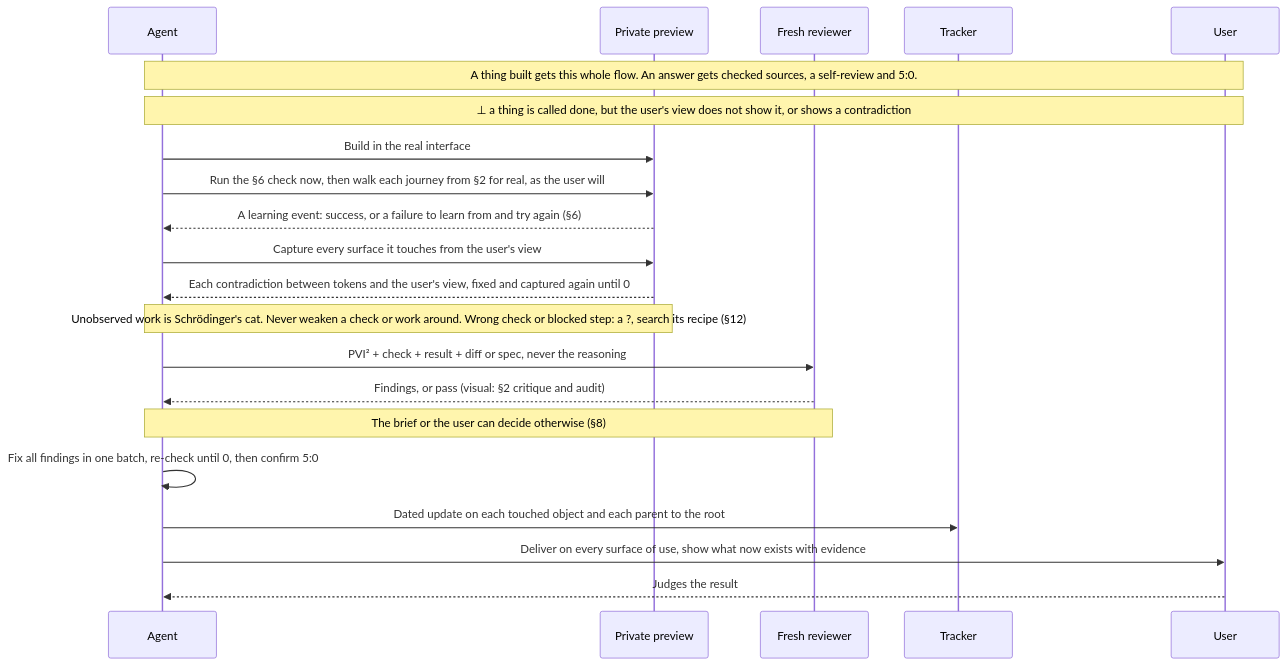
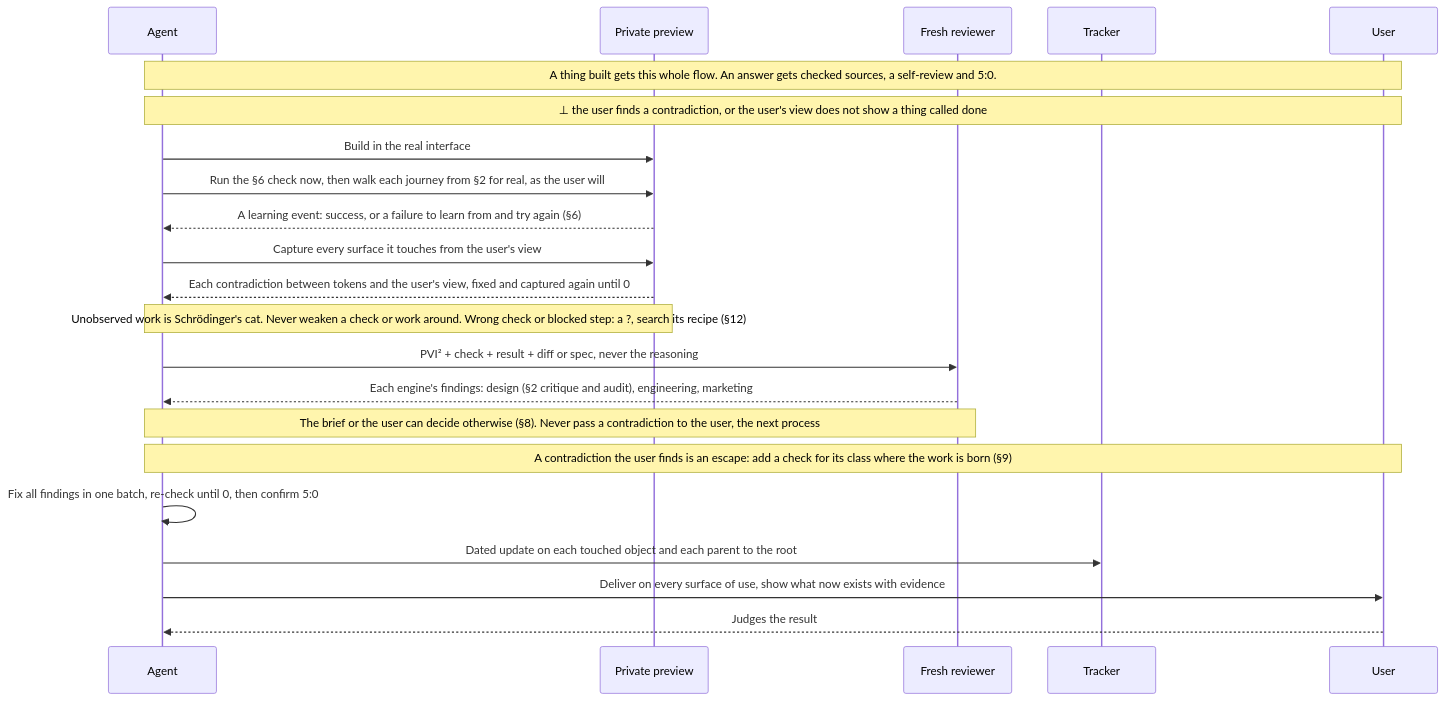
One commit to SolenixAI/arbiter changed diagram 11 of 14 in AGENTS.md. Above: the diagram before and after it, drawn with Mermaid. The commit also changed other lines of this file and 1 other file, not shown here.

First line of the commit message:
feat(agents): a findable contradiction means ~!correct; no contradiction reaches the user

````diff
--- a/AGENTS.md
+++ b/AGENTS.md
@@ -528,23 +536,24 @@
 ```mermaid
 sequenceDiagram
   participant A as Agent
   participant P as Private preview
   participant R as Fresh reviewer
   participant T as Tracker
   participant U as User
   Note over A,U: A thing built gets this whole flow. An answer gets checked sources, a self-review and 5:0.
-  Note over A,U: ⊥ a thing is called done, but the user's view does not show it, or shows a contradiction
+  Note over A,U: ⊥ the user finds a contradiction, or the user's view does not show a thing called done
   A->>P: Build in the real interface
   A->>P: Run the §6 check now, then walk each journey from §2 for real, as the user will
   P-->>A: A learning event: success, or a failure to learn from and try again (§6)
   A->>P: Capture every surface it touches from the user's view
   P-->>A: Each contradiction between tokens and the user's view, fixed and captured again until 0
   Note over A,P: Unobserved work is Schrödinger's cat. Never weaken a check or work around. Wrong check or blocked step: a ?, search its recipe (§12)
   A->>R: PVI² + check + result + diff or spec, never the reasoning
-  R-->>A: Findings, or pass (visual: §2 critique and audit)
-  Note over A,R: The brief or the user can decide otherwise (§8)
+  R-->>A: Each engine's findings: design (§2 critique and audit), engineering, marketing
+  Note over A,R: The brief or the user can decide otherwise (§8). Never pass a contradiction to the user, the next process
+  Note over A,U: A contradiction the user finds is an escape: add a check for its class where the work is born (§9)
   A->>A: Fix all findings in one batch, re-check until 0, then confirm 5:0
   A->>T: Dated update on each touched object and each parent to the root
   A->>U: Deliver on every surface of use, show what now exists with evidence
   U-->>A: Judges the result
 ```
````
